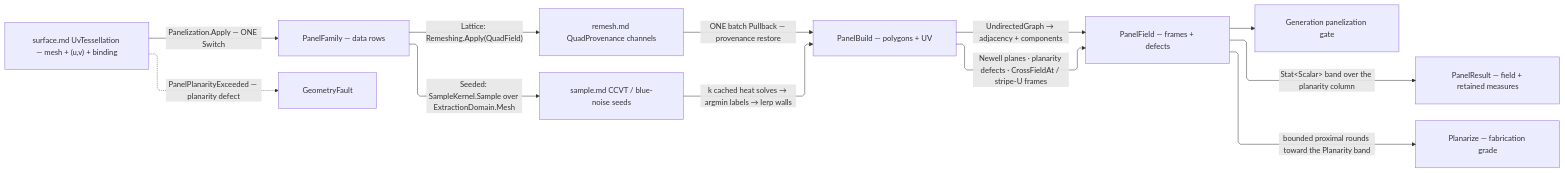
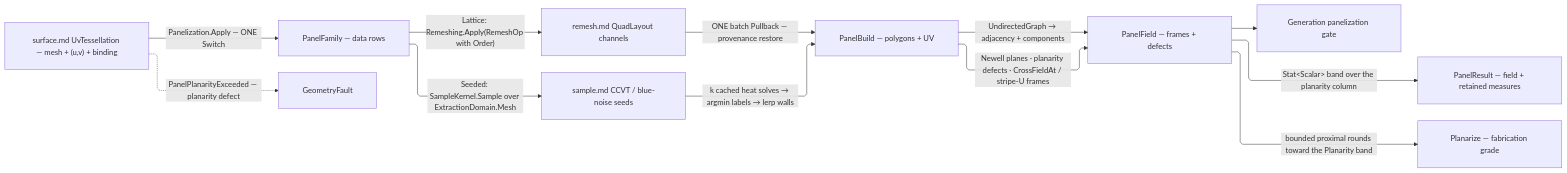
The diagram in libs/dotnet/Rasm/.planning/Parametric/panelize.md (bsamiee/Rasm), drawn with Mermaid before and after one commit. The commit also changed other lines of this file and 68 other files, not shown here.

````diff
--- a/libs/dotnet/Rasm/.planning/Parametric/panelize.md
+++ b/libs/dotnet/Rasm/.planning/Parametric/panelize.md
@@ -527,23 +527,23 @@
 ```mermaid
 ---
 config:
   layout: elk
   flowchart:
     curve: linear
     padding: 25
 ---
 flowchart LR
     accTitle: Panelization flow
     accDescr: PanelOp folds seeds through the cross-field remesh and pullback into the PanelField SoA wire with frames, planarity, adjacency, component, shape-class, and flip-parity columns.
     UvT["surface.md UvTessellation — mesh + (u,v) + binding"] -->|"Panelization.Apply — ONE Switch"| Family["PanelFamily — data rows"]
-    Family -->|"Lattice: Remeshing.Apply(QuadField)"| Remesh["remesh.md QuadProvenance channels"]
+    Family -->|"Lattice: Remeshing.Apply(RemeshOp with Order)"| Remesh["remesh.md QuadLayout channels"]
     Remesh -->|"ONE batch Pullback — provenance restore"| Build["PanelBuild — polygons + UV"]
     Family -->|"Seeded: SampleKernel.Sample over ExtractionDomain.Mesh"| Seeds["sample.md CCVT / blue-noise seeds"]
     Seeds -->|"k cached heat solves → argmin labels → lerp walls"| Build
     Build -->|"Newell planes · planarity defects · CrossFieldAt / stripe-U frames"| Field["PanelField — frames + defects"]
     Build -->|"UndirectedGraph → adjacency + components"| Field
     Field -->|"Stat&lt;Scalar&gt; band over the planarity column"| Result["PanelResult — field + retained measures"]
     Field -->|"bounded proximal rounds toward the Planarity band"| Planar["Planarize — fabrication grade"]
     Field --> Gate["Generation panelization gate"]
     UvT -.->|"PanelPlanarityExceeded — planarity defect"| GeometryFault
 ```
````
